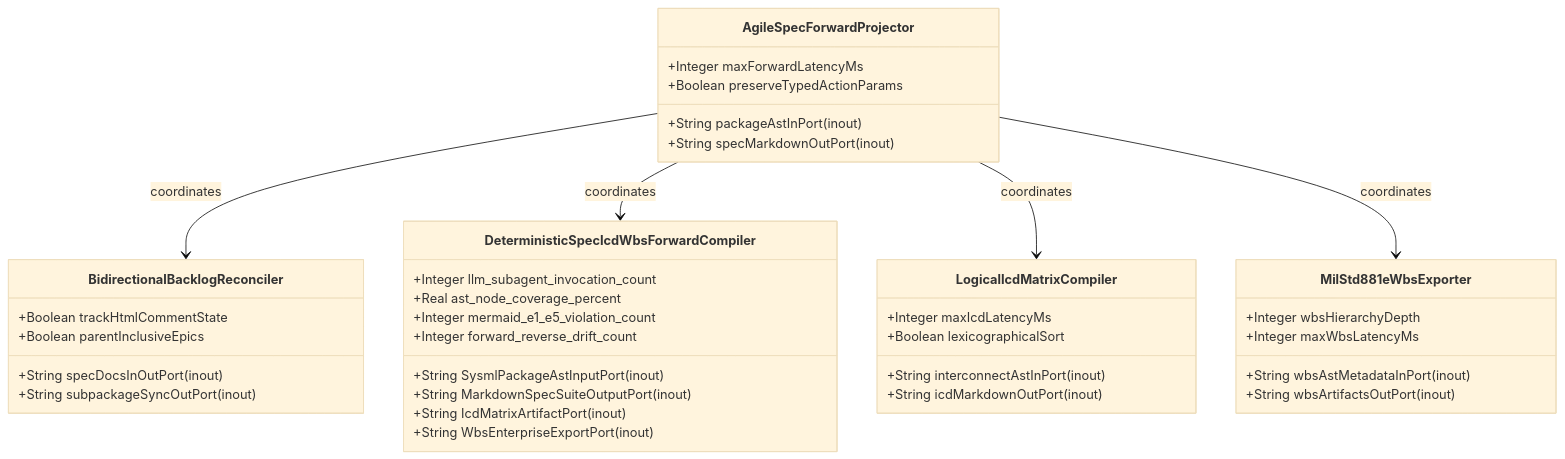
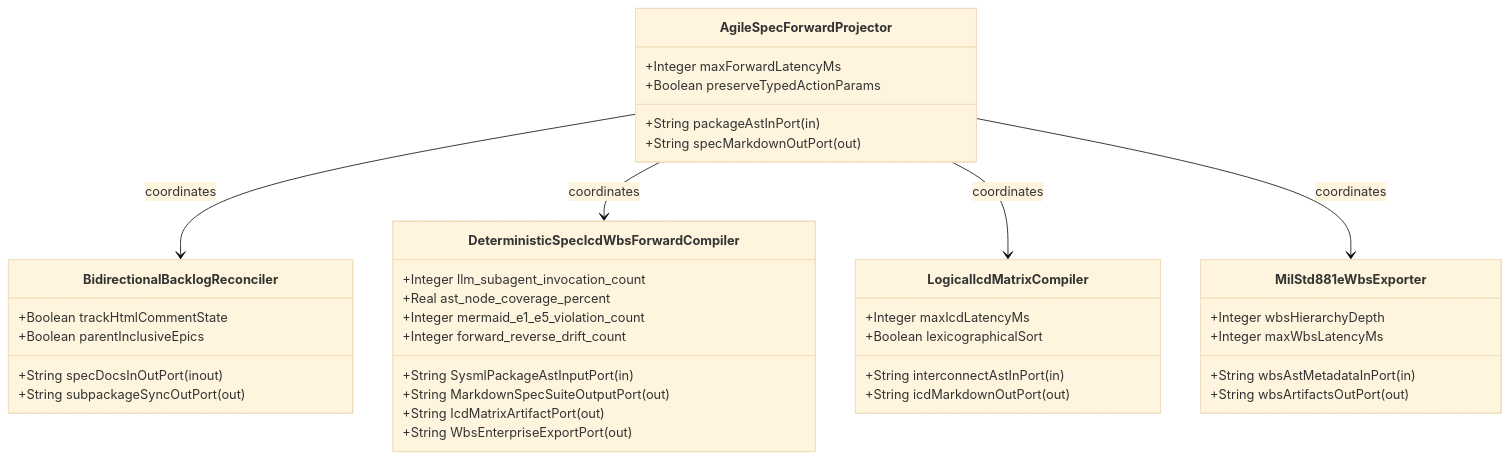
One commit to gintatkinson/DEAP01-spec-core changed the first of 2 diagrams in .pipeline/upstream/docs/epics/EPIC-04-BP_04_Deterministic_Specification_ICD_and_WBS_Forward_Compiler_Blueprint.md. Above: the diagram before and after it, drawn with Mermaid (base theme). The commit also changed other lines of this file and 213 other files, not shown here.

````diff
--- a/.pipeline/upstream/docs/epics/EPIC-04-BP_04_Deterministic_Specification_ICD_and_WBS_Forward_Compiler_Blueprint.md
+++ b/.pipeline/upstream/docs/epics/EPIC-04-BP_04_Deterministic_Specification_ICD_and_WBS_Forward_Compiler_Blueprint.md
@@ -66,41 +64,41 @@
 ```mermaid
 classDiagram
     class AgileSpecForwardProjector {
-        +String packageAstInPort (inout)
-        +String specMarkdownOutPort (inout)
+        +String packageAstInPort (in)
+        +String specMarkdownOutPort (out)
         +Integer maxForwardLatencyMs
         +Boolean preserveTypedActionParams
     }
     class BidirectionalBacklogReconciler {
         +String specDocsInOutPort (inout)
-        +String subpackageSyncOutPort (inout)
+        +String subpackageSyncOutPort (out)
         +Boolean trackHtmlCommentState
         +Boolean parentInclusiveEpics
     }
     class DeterministicSpecIcdWbsForwardCompiler {
-        +String SysmlPackageAstInputPort (inout)
-        +String MarkdownSpecSuiteOutputPort (inout)
-        +String IcdMatrixArtifactPort (inout)
-        +String WbsEnterpriseExportPort (inout)
+        +String SysmlPackageAstInputPort (in)
+        +String MarkdownSpecSuiteOutputPort (out)
+        +String IcdMatrixArtifactPort (out)
+        +String WbsEnterpriseExportPort (out)
         +Integer llm_subagent_invocation_count
         +Real ast_node_coverage_percent
         +Integer mermaid_e1_e5_violation_count
         +Integer forward_reverse_drift_count
     }
     class LogicalIcdMatrixCompiler {
-        +String interconnectAstInPort (inout)
-        +String icdMarkdownOutPort (inout)
+        +String interconnectAstInPort (in)
+        +String icdMarkdownOutPort (out)
         +Integer maxIcdLatencyMs
         +Boolean lexicographicalSort
     }
     class MilStd881eWbsExporter {
-        +String wbsAstMetadataInPort (inout)
-        +String wbsArtifactsOutPort (inout)
+        +String wbsAstMetadataInPort (in)
+        +String wbsArtifactsOutPort (out)
         +Integer wbsHierarchyDepth
         +Integer maxWbsLatencyMs
     }
     AgileSpecForwardProjector --> BidirectionalBacklogReconciler : coordinates
     AgileSpecForwardProjector --> DeterministicSpecIcdWbsForwardCompiler : coordinates
     AgileSpecForwardProjector --> LogicalIcdMatrixCompiler : coordinates
     AgileSpecForwardProjector --> MilStd881eWbsExporter : coordinates
 ```
````
